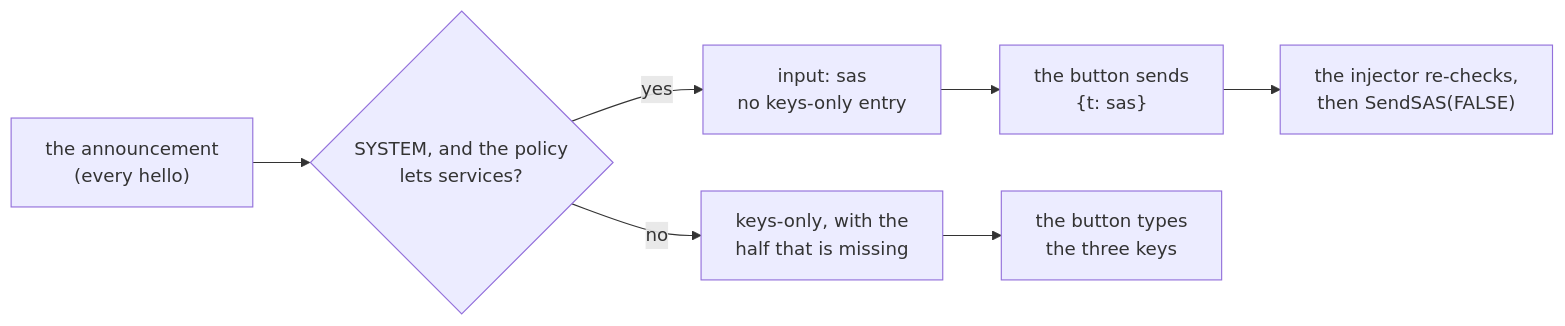
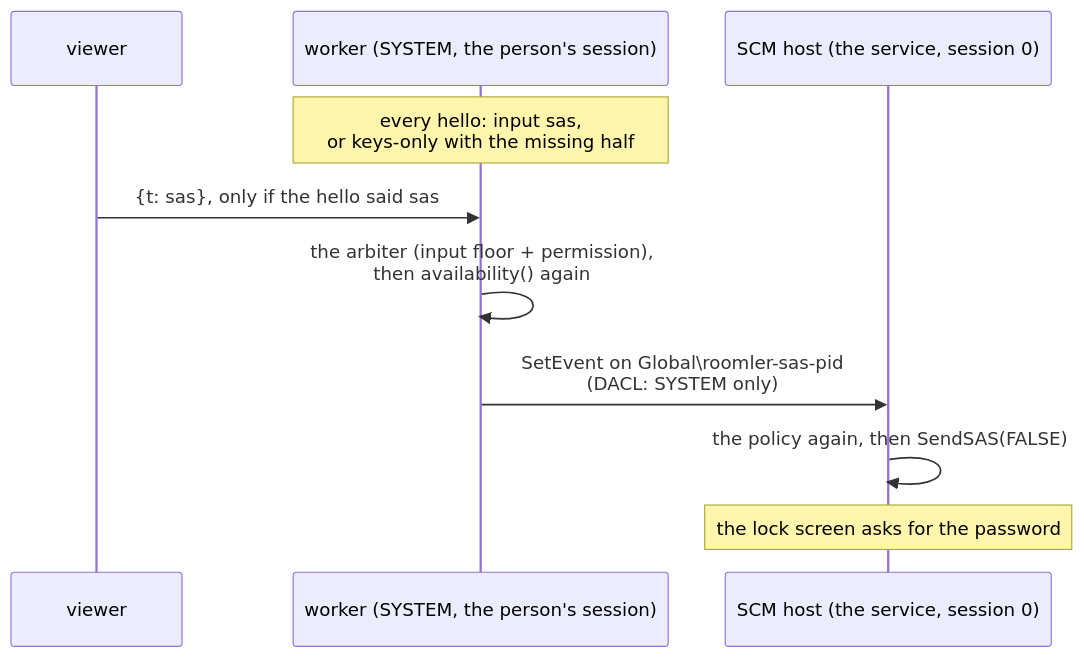
One commit to gjovanov/roomler-ai changed the eighth of 21 diagrams in docs/remote-control.md. Above: the diagram before and after it, drawn with Mermaid. The commit also changed other lines of this file and 21 other files, not shown here.

````diff
--- a/docs/remote-control.md
+++ b/docs/remote-control.md
@@ -610,9 +615,12 @@
 ```mermaid
-flowchart LR
-    A["the announcement<br/>(every hello)"] --> D{"SYSTEM, and the policy<br/>lets services?"}
-    D -->|yes| S["input: sas<br/>no keys-only entry"]
-    D -->|no| K["keys-only, with the<br/>half that is missing"]
-    S --> V["the button sends<br/>{t: sas}"]
-    V --> E["the injector re-checks,<br/>then SendSAS(FALSE)"]
-    K --> T["the button types<br/>the three keys"]
+sequenceDiagram
+    participant V as viewer
+    participant W as worker (SYSTEM, the person's session)
+    participant H as SCM host (the service, session 0)
+    Note over W: every hello: input sas,<br/>or keys-only with the missing half
+    V->>W: {t: sas}, only if the hello said sas
+    W->>W: the arbiter (input floor + permission),<br/>then availability() again
+    W->>H: SetEvent on Global\roomler-sas-pid<br/>(DACL: SYSTEM only)
+    H->>H: the policy again, then SendSAS(FALSE)
+    Note over H: the lock screen asks for the password
 ```
````
